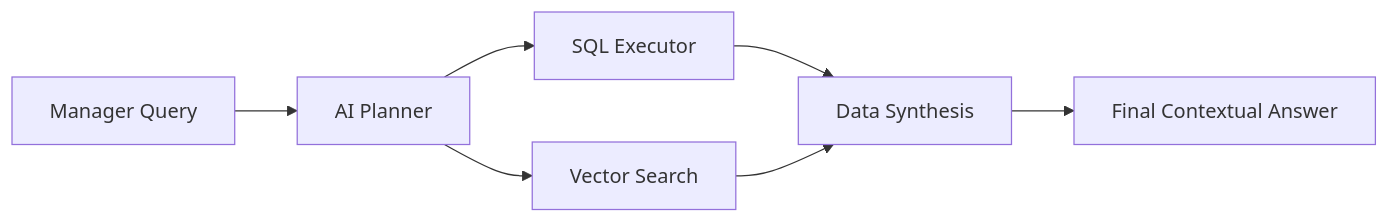
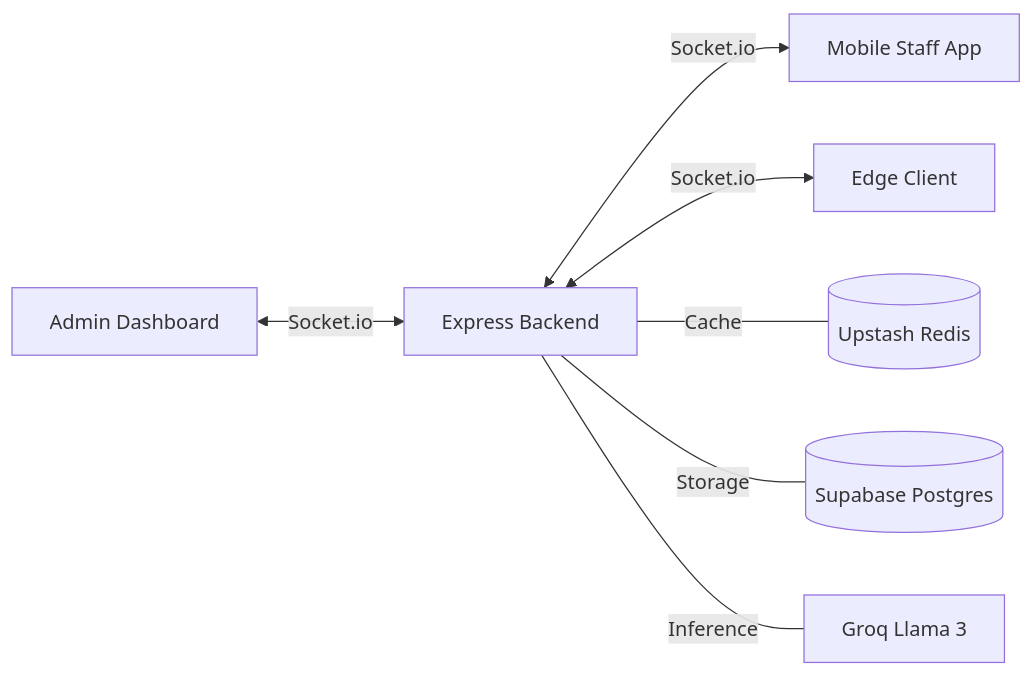
The second of 2 diagrams in README.md (Sudheerbmb/AdmitGuard), drawn with Mermaid before and after one commit. The commit also changed other lines of this file and 2 other files, not shown here.

````diff
--- a/README.md
+++ b/README.md
@@ -141,9 +118,9 @@
 ```mermaid
 graph LR
-    A[Manager Query] --> B[AI Planner]
-    B --> C[SQL Executor]
-    B --> D[Vector Search]
-    C --> E[Data Synthesis]
-    D --> E
-    E --> F[Final Contextual Answer]
+    A[Admin Dashboard] <-->|Socket.io| B[Express Backend]
+    B <-->|Socket.io| C[Mobile Staff App]
+    B <-->|Socket.io| D[Edge Client]
+    B ---|Cache| E[(Upstash Redis)]
+    B ---|Storage| F[(Supabase Postgres)]
+    B ---|Inference| G[Groq Llama 3]
 ```
````
